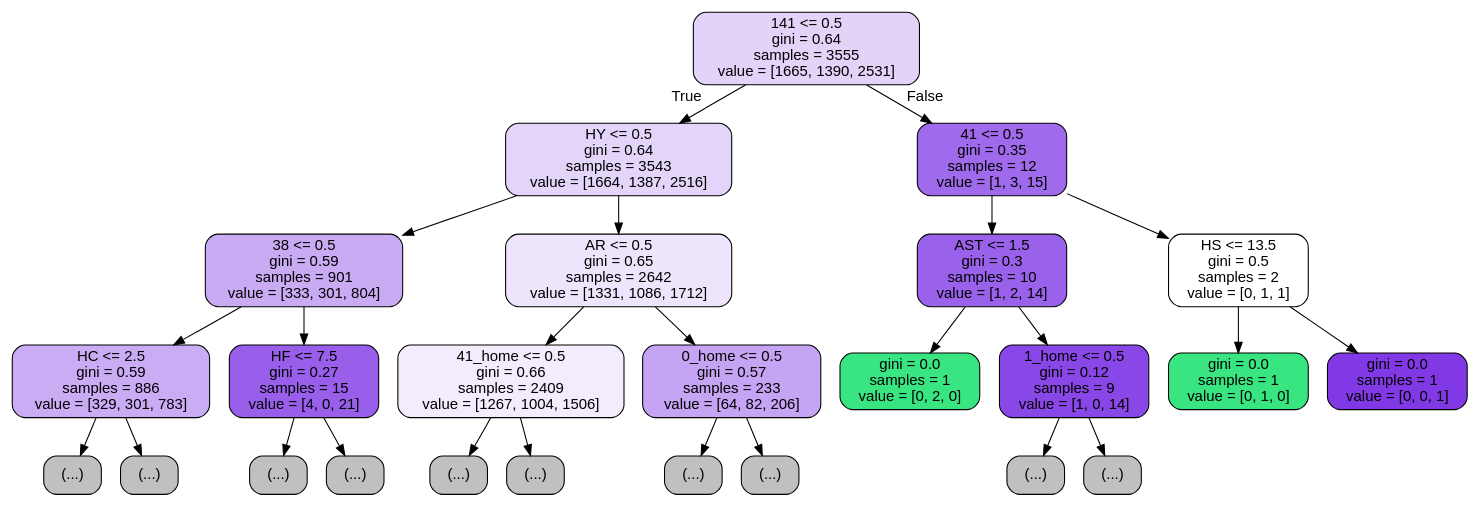
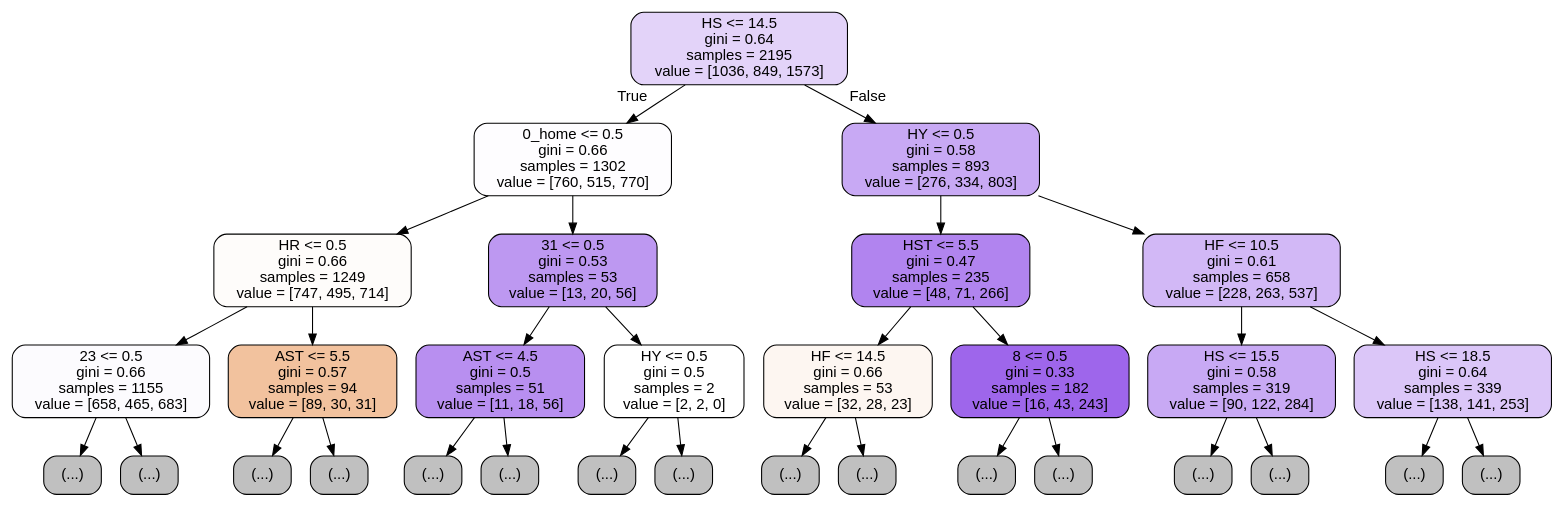
The diagram in featureSetTreeNoDate.dot (yolannel/BeatTheBookies), drawn with Graphviz before and after one commit. The commit also changed 5 other files, not shown here.

```diff
--- a/featureSetTreeNoDate.dot
+++ b/featureSetTreeNoDate.dot
@@ -1,53 +1,65 @@
 digraph Tree {
 node [shape=box, style="filled, rounded", color="black", fontname=helvetica] ;
 edge [fontname=helvetica] ;
-0 [label="141 <= 0.5\ngini = 0.64\nsamples = 3555\nvalue = [1665, 1390, 2531]", fillcolor="#e3d3f9"] ;
-1 [label="HY <= 0.5\ngini = 0.64\nsamples = 3543\nvalue = [1664, 1387, 2516]", fillcolor="#e3d4f9"] ;
+0 [label="HS <= 14.5\ngini = 0.64\nsamples = 2195\nvalue = [1036, 849, 1573]", fillcolor="#e3d3f9"] ;
+1 [label="0_home <= 0.5\ngini = 0.66\nsamples = 1302\nvalue = [760, 515, 770]", fillcolor="#fefdff"] ;
 0 -> 1 [labeldistance=2.5, labelangle=45, headlabel="True"] ;
-2 [label="38 <= 0.5\ngini = 0.59\nsamples = 901\nvalue = [333, 301, 804]", fillcolor="#c9abf4"] ;
+2 [label="HR <= 0.5\ngini = 0.66\nsamples = 1249\nvalue = [747, 495, 714]", fillcolor="#fefcfa"] ;
 1 -> 2 ;
-3 [label="HC <= 2.5\ngini = 0.59\nsamples = 886\nvalue = [329, 301, 783]", fillcolor="#caacf4"] ;
+3 [label="23 <= 0.5\ngini = 0.66\nsamples = 1155\nvalue = [658, 465, 683]", fillcolor="#fcfbfe"] ;
 2 -> 3 ;
 4 [label="(...)", fillcolor="#C0C0C0"] ;
 3 -> 4 ;
-113 [label="(...)", fillcolor="#C0C0C0"] ;
-3 -> 113 ;
-972 [label="HF <= 7.5\ngini = 0.27\nsamples = 15\nvalue = [4, 0, 21]", fillcolor="#995fea"] ;
-2 -> 972 ;
-973 [label="(...)", fillcolor="#C0C0C0"] ;
-972 -> 973 ;
-974 [label="(...)", fillcolor="#C0C0C0"] ;
-972 -> 974 ;
-983 [label="AR <= 0.5\ngini = 0.65\nsamples = 2642\nvalue = [1331, 1086, 1712]", fillcolor="#eee4fb"] ;
-1 -> 983 ;
-984 [label="41_home <= 0.5\ngini = 0.66\nsamples = 2409\nvalue = [1267, 1004, 1506]", fillcolor="#f3ecfd"] ;
-983 -> 984 ;
-985 [label="(...)", fillcolor="#C0C0C0"] ;
-984 -> 985 ;
-3946 [label="(...)", fillcolor="#C0C0C0"] ;
-984 -> 3946 ;
-4005 [label="0_home <= 0.5\ngini = 0.57\nsamples = 233\nvalue = [64, 82, 206]", fillcolor="#c5a4f3"] ;
-983 -> 4005 ;
-4006 [label="(...)", fillcolor="#C0C0C0"] ;
-4005 -> 4006 ;
-4259 [label="(...)", fillcolor="#C0C0C0"] ;
-4005 -> 4259 ;
-4272 [label="41 <= 0.5\ngini = 0.35\nsamples = 12\nvalue = [1, 3, 15]", fillcolor="#a06aec"] ;
-0 -> 4272 [labeldistance=2.5, labelangle=-45, headlabel="False"] ;
-4273 [label="AST <= 1.5\ngini = 0.3\nsamples = 10\nvalue = [1, 2, 14]", fillcolor="#9a61ea"] ;
-4272 -> 4273 ;
-4274 [label="gini = 0.0\nsamples = 1\nvalue = [0, 2, 0]", fillcolor="#39e581"] ;
-4273 -> 4274 ;
-4275 [label="1_home <= 0.5\ngini = 0.12\nsamples = 9\nvalue = [1, 0, 14]", fillcolor="#8a47e7"] ;
-4273 -> 4275 ;
-4276 [label="(...)", fillcolor="#C0C0C0"] ;
-4275 -> 4276 ;
-4281 [label="(...)", fillcolor="#C0C0C0"] ;
-4275 -> 4281 ;
-4282 [label="HS <= 13.5\ngini = 0.5\nsamples = 2\nvalue = [0, 1, 1]", fillcolor="#ffffff"] ;
-4272 -> 4282 ;
-4283 [label="gini = 0.0\nsamples = 1\nvalue = [0, 1, 0]", fillcolor="#39e581"] ;
-4282 -> 4283 ;
-4284 [label="gini = 0.0\nsamples = 1\nvalue = [0, 0, 1]", fillcolor="#8139e5"] ;
-4282 -> 4284 ;
+1379 [label="(...)", fillcolor="#C0C0C0"] ;
+3 -> 1379 ;
+1398 [label="AST <= 5.5\ngini = 0.57\nsamples = 94\nvalue = [89, 30, 31]", fillcolor="#f2c29e"] ;
+2 -> 1398 ;
+1399 [label="(...)", fillcolor="#C0C0C0"] ;
+1398 -> 1399 ;
+1448 [label="(...)", fillcolor="#C0C0C0"] ;
+1398 -> 1448 ;
+1487 [label="31 <= 0.5\ngini = 0.53\nsamples = 53\nvalue = [13, 20, 56]", fillcolor="#bd98f1"] ;
+1 -> 1487 ;
+1488 [label="AST <= 4.5\ngini = 0.5\nsamples = 51\nvalue = [11, 18, 56]", fillcolor="#b88ff0"] ;
+1487 -> 1488 ;
+1489 [label="(...)", fillcolor="#C0C0C0"] ;
+1488 -> 1489 ;
+1516 [label="(...)", fillcolor="#C0C0C0"] ;
+1488 -> 1516 ;
+1547 [label="HY <= 0.5\ngini = 0.5\nsamples = 2\nvalue = [2, 2, 0]", fillcolor="#ffffff"] ;
+1487 -> 1547 ;
+1548 [label="(...)", fillcolor="#C0C0C0"] ;
+1547 -> 1548 ;
+1549 [label="(...)", fillcolor="#C0C0C0"] ;
+1547 -> 1549 ;
+1550 [label="HY <= 0.5\ngini = 0.58\nsamples = 893\nvalue = [276, 334, 803]", fillcolor="#c8a9f4"] ;
+0 -> 1550 [labeldistance=2.5, labelangle=-45, headlabel="False"] ;
+1551 [label="HST <= 5.5\ngini = 0.47\nsamples = 235\nvalue = [48, 71, 266]", fillcolor="#b184ef"] ;
+1550 -> 1551 ;
+1552 [label="HF <= 14.5\ngini = 0.66\nsamples = 53\nvalue = [32, 28, 23]", fillcolor="#fdf6f1"] ;
+1551 -> 1552 ;
+1553 [label="(...)", fillcolor="#C0C0C0"] ;
+1552 -> 1553 ;
+1622 [label="(...)", fillcolor="#C0C0C0"] ;
+1552 -> 1622 ;
+1623 [label="8 <= 0.5\ngini = 0.33\nsamples = 182\nvalue = [16, 43, 243]", fillcolor="#9e66eb"] ;
+1551 -> 1623 ;
+1624 [label="(...)", fillcolor="#C0C0C0"] ;
+1623 -> 1624 ;
+1745 [label="(...)", fillcolor="#C0C0C0"] ;
+1623 -> 1745 ;
+1746 [label="HF <= 10.5\ngini = 0.61\nsamples = 658\nvalue = [228, 263, 537]", fillcolor="#d2b8f6"] ;
+1550 -> 1746 ;
+1747 [label="HS <= 15.5\ngini = 0.58\nsamples = 319\nvalue = [90, 122, 284]", fillcolor="#c8a9f4"] ;
+1746 -> 1747 ;
+1748 [label="(...)", fillcolor="#C0C0C0"] ;
+1747 -> 1748 ;
+1799 [label="(...)", fillcolor="#C0C0C0"] ;
+1747 -> 1799 ;
+2078 [label="HS <= 18.5\ngini = 0.64\nsamples = 339\nvalue = [138, 141, 253]", fillcolor="#dbc6f8"] ;
+1746 -> 2078 ;
+2079 [label="(...)", fillcolor="#C0C0C0"] ;
+2078 -> 2079 ;
+2318 [label="(...)", fillcolor="#C0C0C0"] ;
+2078 -> 2318 ;
 }
```
